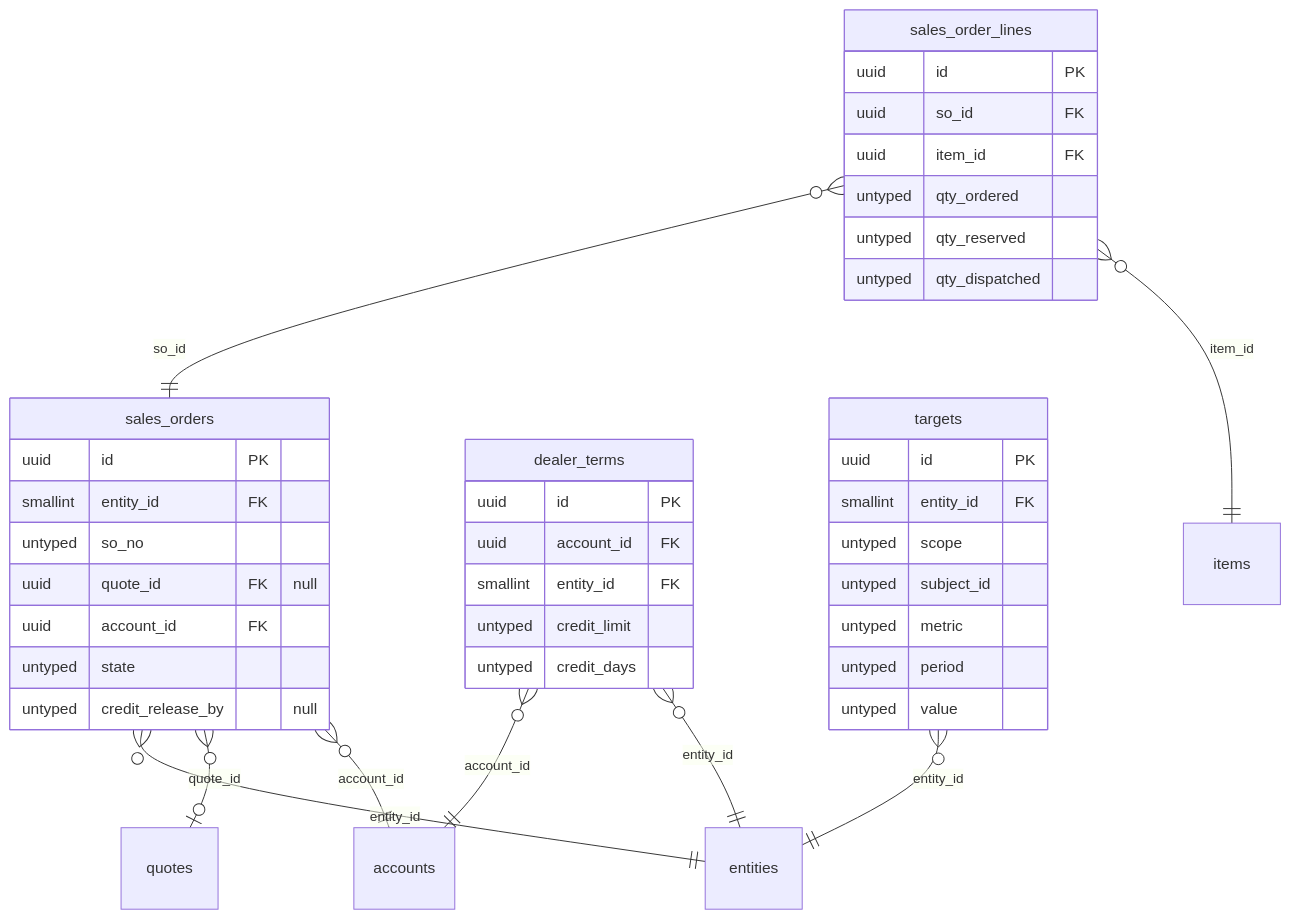
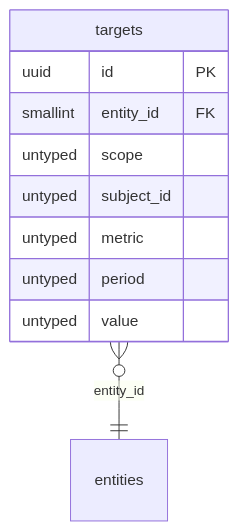
Before and after one commit to techaust/shakti_prime: diagram 11 of 17 in docs/data/erd.md, drawn with Mermaid. The commit also changed other lines of this file and 2 other files, not shown here.

````diff
--- a/docs/data/erd.md
+++ b/docs/data/erd.md
@@ -1097,44 +1221,13 @@
 ```mermaid
 erDiagram
-  sales_orders {
-    uuid id PK
-    smallint entity_id FK
-    untyped so_no
-    uuid quote_id FK "null"
-    uuid account_id FK
-    untyped state
-    untyped credit_release_by "null"
-  }
-  sales_order_lines {
-    uuid id PK
-    uuid so_id FK
-    uuid item_id FK
-    untyped qty_ordered
-    untyped qty_reserved
-    untyped qty_dispatched
-  }
-  dealer_terms {
-    uuid id PK
-    uuid account_id FK
-    smallint entity_id FK
-    untyped credit_limit
-    untyped credit_days
-  }
   targets {
     uuid id PK
     smallint entity_id FK
     untyped scope
     untyped subject_id
     untyped metric
     untyped period
     untyped value
   }
-  sales_orders }o--|| entities : "entity_id"
-  sales_orders }o--o| quotes : "quote_id"
-  sales_orders }o--|| accounts : "account_id"
-  sales_order_lines }o--|| sales_orders : "so_id"
-  sales_order_lines }o--|| items : "item_id"
-  dealer_terms }o--|| accounts : "account_id"
-  dealer_terms }o--|| entities : "entity_id"
   targets }o--|| entities : "entity_id"
 ```
````
